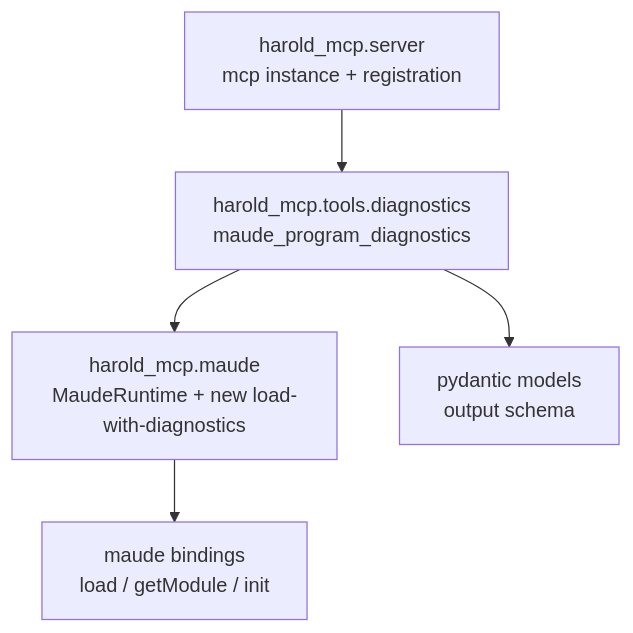
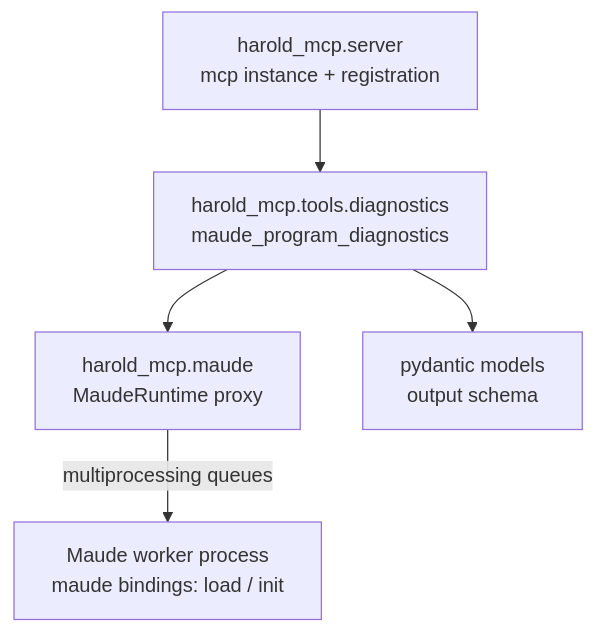
Before and after one commit to demiourgoi/Harold: the diagram in harold-mcp/.agents/planning/maude-diagnostics-tool-v1/research/existing-code.md, drawn with Mermaid. The commit also changed other lines of this file and 6 other files, not shown here.

Commit message:
fix diagrams and polish subprocess plan for maude package

````diff
--- a/harold-mcp/.agents/planning/maude-diagnostics-tool-v1/research/existing-code.md
+++ b/harold-mcp/.agents/planning/maude-diagnostics-tool-v1/research/existing-code.md
@@ -94,7 +101,7 @@
 ```mermaid
 graph TD
     M[harold_mcp.server<br>mcp instance + registration] --> T[harold_mcp.tools.diagnostics<br>maude_program_diagnostics]
-    T --> R[harold_mcp.maude<br>MaudeRuntime + new load-with-diagnostics]
-    R --> B[maude bindings<br>load / getModule / init]
+    T --> R[harold_mcp.maude<br>MaudeRuntime proxy]
+    R -->|multiprocessing queues| W[Maude worker process<br>maude bindings: load / init]
     T --> P[pydantic models<br>output schema]
 ```
````
